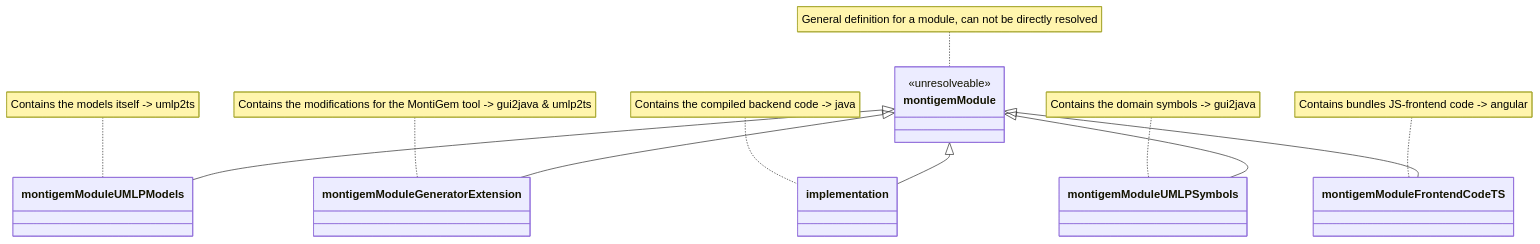
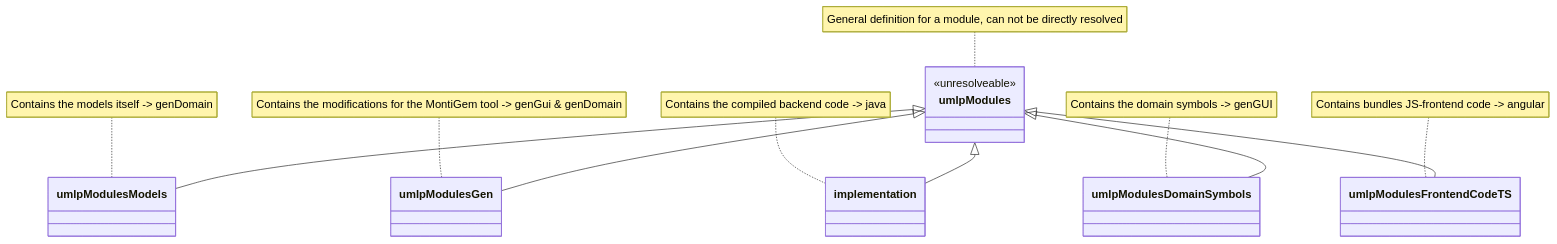
Before and after one commit to Fishi2402/montigem: the second of 3 diagrams in docs/unstructured/ModuleSystem.md, drawn with Mermaid. The commit also changed other lines of this file and 2151 other files, not shown here.

`````diff
--- a/docs/unstructured/ModuleSystem.md
+++ b/docs/unstructured/ModuleSystem.md
@@ -61,22 +61,22 @@
 ````mermaid
 classDiagram
-  class montigemModule
-  <<unresolveable>> montigemModule
-  note for montigemModule  "General definition for a module, can not be directly resolved" 
-  class montigemModuleUMLPModels
-  montigemModule <|-- montigemModuleUMLPModels
-  note for montigemModuleUMLPModels "Contains the models itself -> umlp2ts"
-  class montigemModuleGeneratorExtension
-  montigemModule <|-- montigemModuleGeneratorExtension
-  note for montigemModuleGeneratorExtension "Contains the modifications for the MontiGem tool -> gui2java & umlp2ts"
+  class umlpModules
+  <<unresolveable>> umlpModules
+  note for umlpModules  "General definition for a module, can not be directly resolved" 
+  class umlpModulesModels
+  umlpModules <|-- umlpModulesModels
+  note for umlpModulesModels "Contains the models itself -> genDomain"
+  class umlpModulesGen
+  umlpModules <|-- umlpModulesGen
+  note for umlpModulesGen "Contains the modifications for the MontiGem tool -> genGui & genDomain"
   class implementation
-  montigemModule <|-- implementation
+  umlpModules <|-- implementation
   note for implementation "Contains the compiled backend code -> java"
-  class montigemModuleUMLPSymbols
-  montigemModule <|-- montigemModuleUMLPSymbols
-  note for montigemModuleUMLPSymbols "Contains the domain symbols -> gui2java"
-  class montigemModuleFrontendCodeTS
-  montigemModule <|-- montigemModuleFrontendCodeTS
-  note for montigemModuleFrontendCodeTS "Contains bundles JS-frontend code -> angular"
+  class umlpModulesDomainSymbols
+  umlpModules <|-- umlpModulesDomainSymbols
+  note for umlpModulesDomainSymbols "Contains the domain symbols -> genGUI"
+  class umlpModulesFrontendCodeTS
+  umlpModules <|-- umlpModulesFrontendCodeTS
+  note for umlpModulesFrontendCodeTS "Contains bundles JS-frontend code -> angular"
 
 ````
`````
